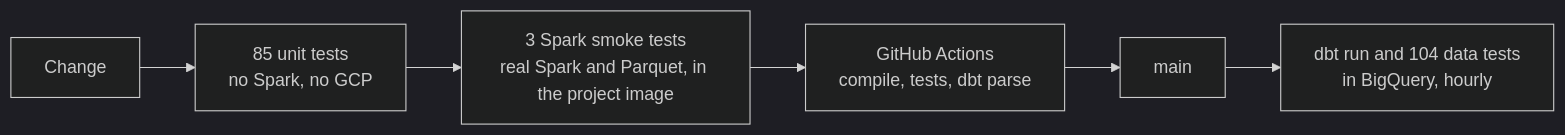
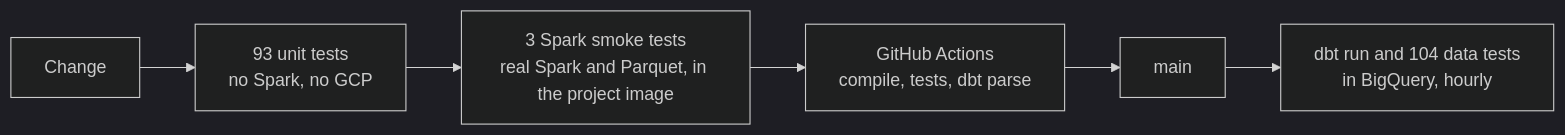
One commit to TomasRipsky/marineflow changed the fifth of 5 diagrams in README.md. Above: the diagram before and after it, drawn with Mermaid (dark theme). The commit also changed other lines of this file and 3 other files, not shown here.

````diff
--- a/README.md
+++ b/README.md
@@ -429,8 +431,8 @@
 ```mermaid
 flowchart LR
-    change["Change"] --> unit["85 unit tests<br/>no Spark, no GCP"]
+    change["Change"] --> unit["93 unit tests<br/>no Spark, no GCP"]
     unit --> smoke["3 Spark smoke tests<br/>real Spark and Parquet, in the project image"]
     smoke --> ci["GitHub Actions<br/>compile, tests, dbt parse"]
     ci --> main["main"]
     main --> dbt["dbt run and 104 data tests<br/>in BigQuery, hourly"]
 ```
````
